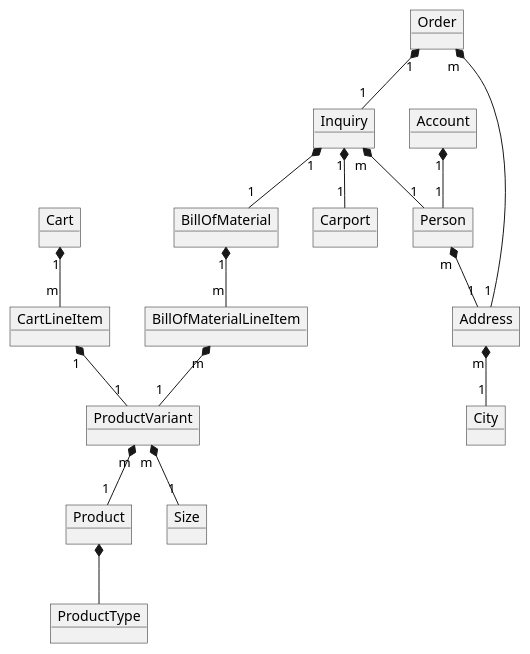
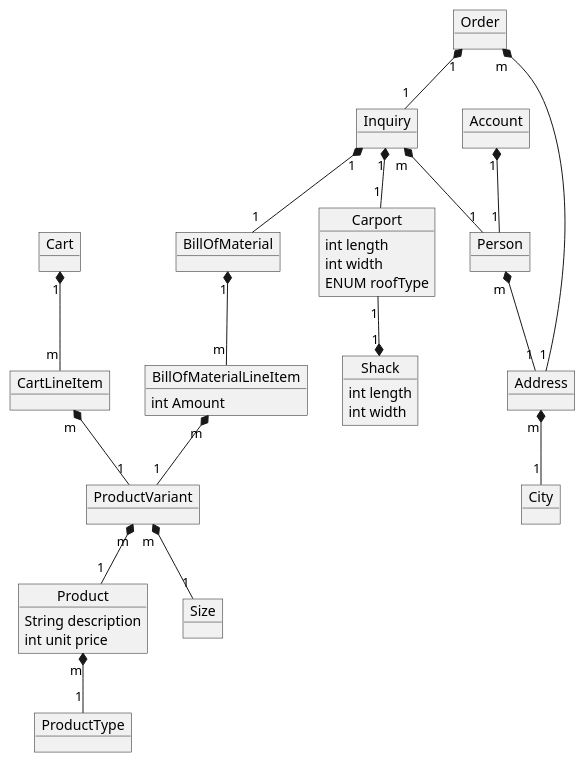
Before and after one commit to Legolai/CarportEksamensProject: the diagram in documentation/domainModelv2.puml, drawn with PlantUML. The commit also changed 9 other files, not shown here.

```diff
--- a/documentation/domainModelv2.puml
+++ b/documentation/domainModelv2.puml
@@ -1,41 +1,52 @@
 @startuml
 'https://plantuml.com/object-diagram
 
 object Cart
 object CartLineItem
 object City
 object Address
 object Account
 object Person
 object Order
 object Inquiry
 object Carport
+object Shack
 object BillOfMaterial
 object BillOfMaterialLineItem
 object Product
 object ProductVariant
 object ProductType
 object Size
 
+Carport : int length
+Carport : int width
+Carport : ENUM roofType
+Shack : int length
+Shack : int width
+BillOfMaterialLineItem : int Amount
+Product : String description
+Product : int unit price
+
 ProductVariant "m"*--"1" Product
 ProductVariant "m"*--"1" Size
-Product *-- ProductType
+Product "m"*--"1" ProductType
 
 Account "1"*--"1" Person
 Person "m"*--"1" Address
 Address "m"*--"1" City
 
 Inquiry "1" *-- "1" Carport
 Inquiry "1" *-- "1" BillOfMaterial
 Inquiry "m" *-- "1" Person
 BillOfMaterial "1" *-- "m" BillOfMaterialLineItem
 BillOfMaterialLineItem "m" *-- "1" ProductVariant
+Carport "1" --* "1" Shack
 
 Order "m" *-- "1" Address
 Order "1" *-- "1" Inquiry
 
 Cart "1" *-- "m" CartLineItem
-CartLineItem "1" *-- "1" ProductVariant
+CartLineItem "m" *-- "1" ProductVariant
 
 
 @enduml
```
